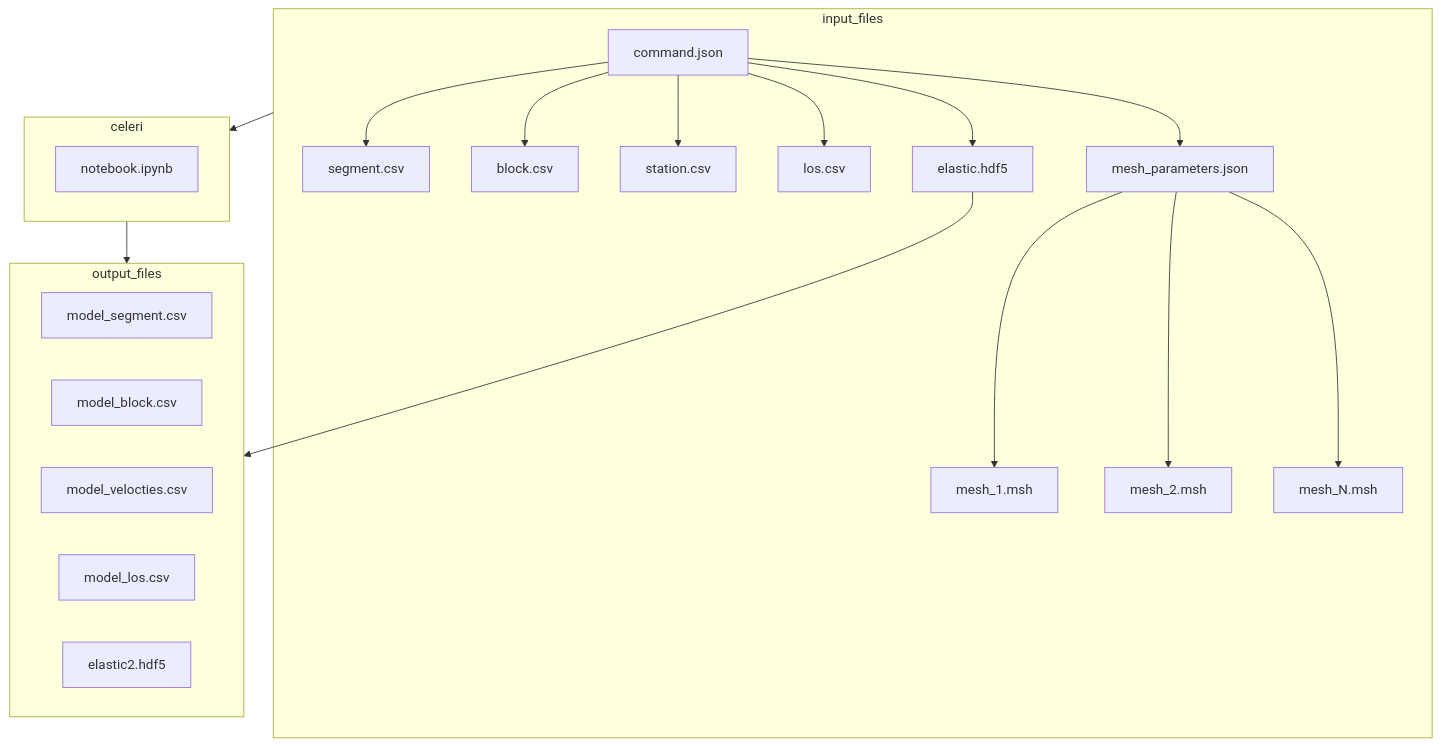
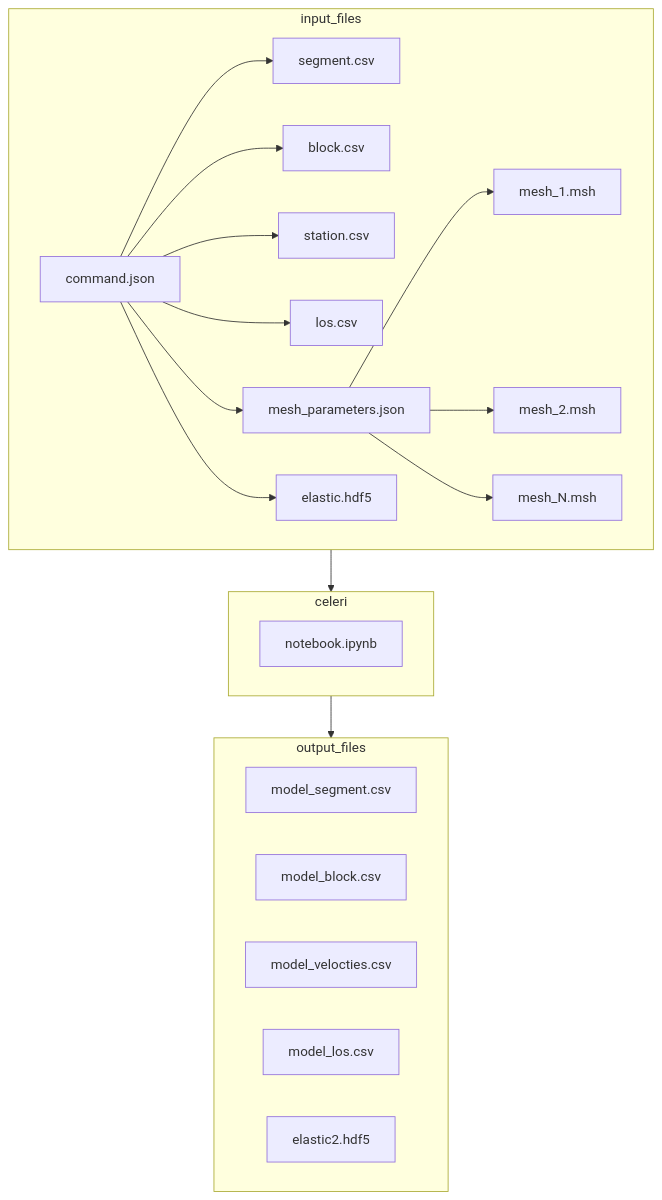
The second of 2 diagrams in README.md (brendanjmeade/celeri), drawn with Mermaid before and after one commit.

Commit message:
Trying to get flowchart working again

````diff
--- a/README.md
+++ b/README.md
@@ -40,27 +40,26 @@
 ```mermaid
-graph TD
+flowchart TD
     subgraph input_files
     command.json-->segment.csv
     command.json-->block.csv
     command.json-->station.csv
     command.json-->los.csv
     command.json-->mesh_parameters.json
     mesh_parameters.json-->mesh_1.msh
     mesh_parameters.json-->mesh_2.msh
     mesh_parameters.json-->mesh_N.msh
     command.json-->elastic.hdf5
     end
     subgraph celeri
     notebook.ipynb
     end
     subgraph output_files
     model_segment.csv
     model_block.csv
     model_velocties.csv
     model_los.csv
     elastic2.hdf5
     end
-    elastic.hdf5 --> output_files
     input_files --> celeri
     celeri --> output_files
 ```
````
